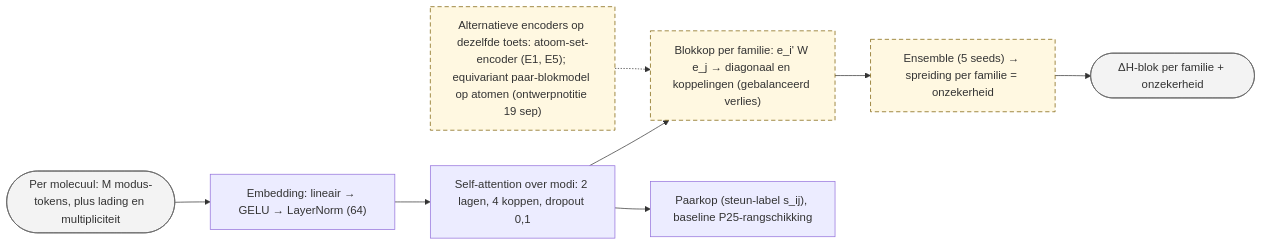
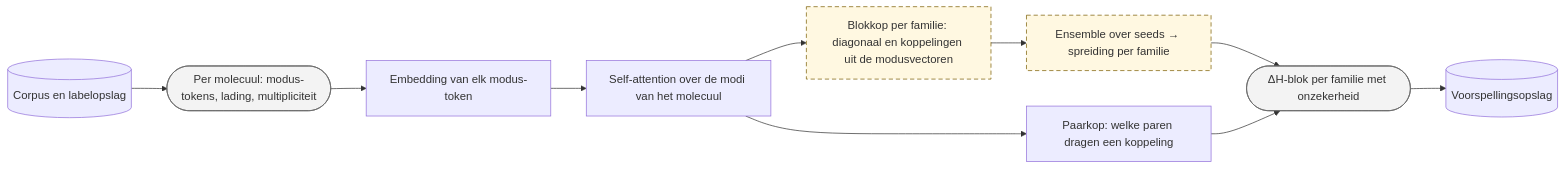
Before and after one commit to thebreadishard/udacity-capstone-plan: the diagram in plans/05_delta-probed-ir-pipeline/GoalGathering/architecture/40_netwerk_componenten.mmd, drawn with Mermaid. The commit also changed 5 other files, not shown here.

Commit message:
Plan 05 architecture: target architecture only (no research decisions, no compute placement); agreed legend; every pipeline from store -> data object ... data object -> store; all sheets left to right

```diff
--- a/plans/05_delta-probed-ir-pipeline/GoalGathering/architecture/40_netwerk_componenten.mmd
+++ b/plans/05_delta-probed-ir-pipeline/GoalGathering/architecture/40_netwerk_componenten.mmd
@@ -1,17 +1,18 @@
-%% Componenten van het netwerk (niveau 4), stand 19 september 2026 — ontwerp, grotendeels te bouwen.
+%% Doelarchitectuur — Componenten van het netwerk (niveau 4). Grotendeels nog niet gebouwd.
+%% Rechthoek = processtap; ronde uiteinden = data-object; cilinder = opslag. Gestippeld = nog niet gebouwd.
 flowchart LR
   classDef planned stroke-dasharray: 6 4,stroke:#7a5c00,fill:#fff8e1
   classDef data fill:#f3f3f3,stroke:#666
 
-  IN(["Per molecuul: M modus-tokens, plus lading en multipliciteit"]):::data
-  EMB["Embedding: lineair → GELU → LayerNorm (64)"]
-  ENC["Self-attention over modi: 2 lagen, 4 koppen, dropout 0,1"]
-  BLK["Blokkop per familie: e_i' W e_j → diagonaal en koppelingen (gebalanceerd verlies)"]:::planned
-  PAIR["Paarkop (steun-label s_ij), baseline P25-rangschikking"]
-  UNC["Ensemble (5 seeds) → spreiding per familie = onzekerheid"]:::planned
-  OUTB(["ΔH-blok per familie + onzekerheid"]):::data
-  ALT["Alternatieve encoders op dezelfde toets: atoom-set-encoder (E1, E5); equivariant paar-blokmodel op atomen (ontwerpnotitie 19 sep)"]:::planned
+  CORPUS[("Corpus en labelopslag")]
+  IN(["Per molecuul: modus-tokens, lading, multipliciteit"]):::data
+  EMB["Embedding van elk modus-token"]
+  ENC["Self-attention over de modi van het molecuul"]
+  BLK["Blokkop per familie: diagonaal en koppelingen uit de modusvectoren"]:::planned
+  PAIR["Paarkop: welke paren dragen een koppeling"]
+  UNC["Ensemble over seeds → spreiding per familie"]:::planned
+  OUTB(["ΔH-blok per familie met onzekerheid"]):::data
+  STORE[("Voorspellingsopslag")]
 
-  IN --> EMB --> ENC --> BLK --> UNC --> OUTB
-  ENC --> PAIR
-  ALT -.-> BLK
+  CORPUS --> IN --> EMB --> ENC --> BLK --> UNC --> OUTB --> STORE
+  ENC --> PAIR --> OUTB
```
